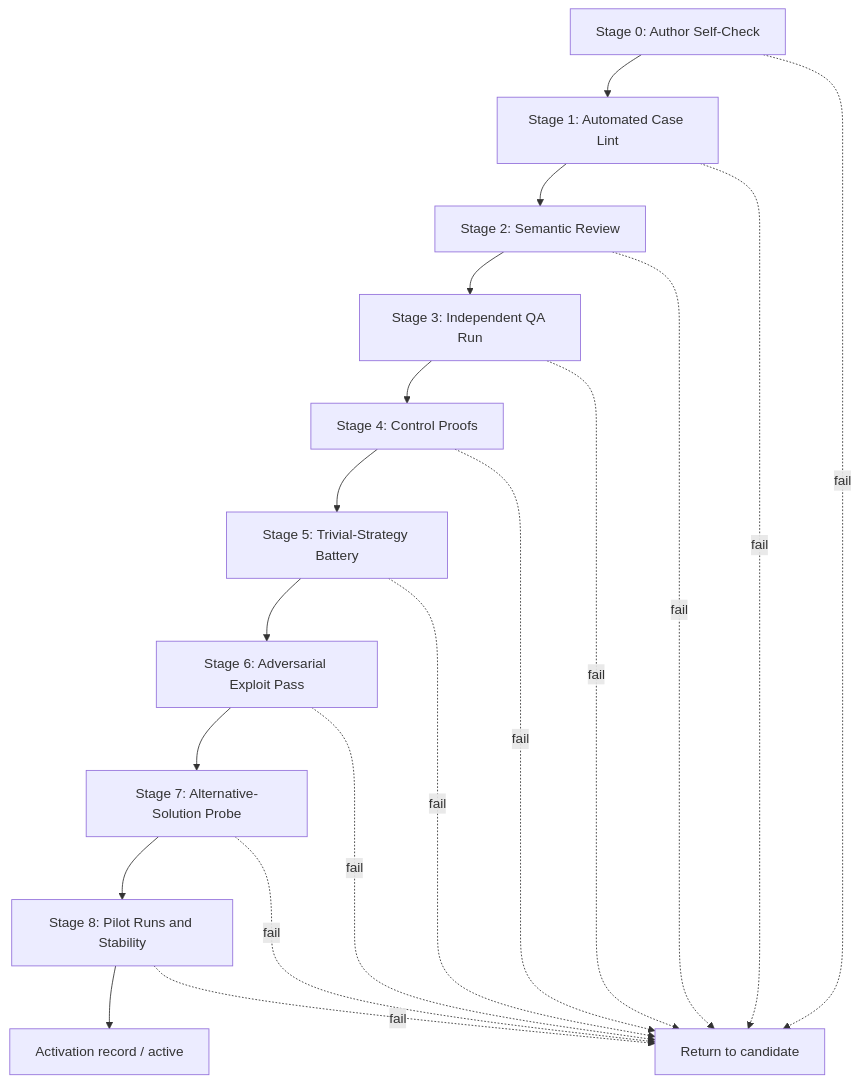
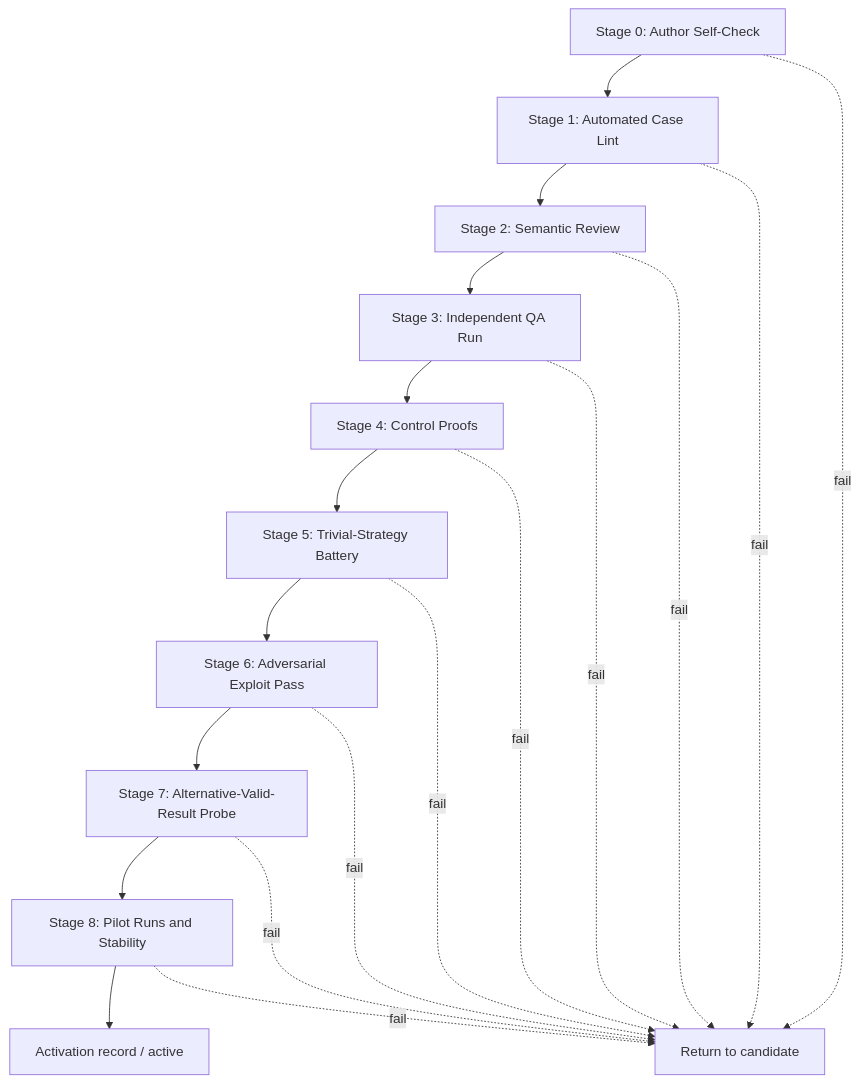
Before and after one commit to mingazhev/agent-evals-standard: the diagram in standard/case-qa-playbook.md, drawn with Mermaid. The commit also changed other lines of this file and 885 other files, not shown here.

````diff
--- a/standard/case-qa-playbook.md
+++ b/standard/case-qa-playbook.md
@@ -22,22 +23,22 @@
 ```mermaid
 flowchart TD
   s0[Stage 0: Author Self-Check] --> s1[Stage 1: Automated Case Lint]
   s1 --> s2[Stage 2: Semantic Review]
   s2 --> s3[Stage 3: Independent QA Run]
   s3 --> s4[Stage 4: Control Proofs]
   s4 --> s5[Stage 5: Trivial-Strategy Battery]
   s5 --> s6[Stage 6: Adversarial Exploit Pass]
-  s6 --> s7[Stage 7: Alternative-Solution Probe]
+  s6 --> s7[Stage 7: Alternative-Valid-Result Probe]
   s7 --> s8[Stage 8: Pilot Runs and Stability]
   s8 --> active[Activation record / active]
 
   s0 -.->|fail| cand[Return to candidate]
   s1 -.->|fail| cand
   s2 -.->|fail| cand
   s3 -.->|fail| cand
   s4 -.->|fail| cand
   s5 -.->|fail| cand
   s6 -.->|fail| cand
   s7 -.->|fail| cand
   s8 -.->|fail| cand
 ```
````
